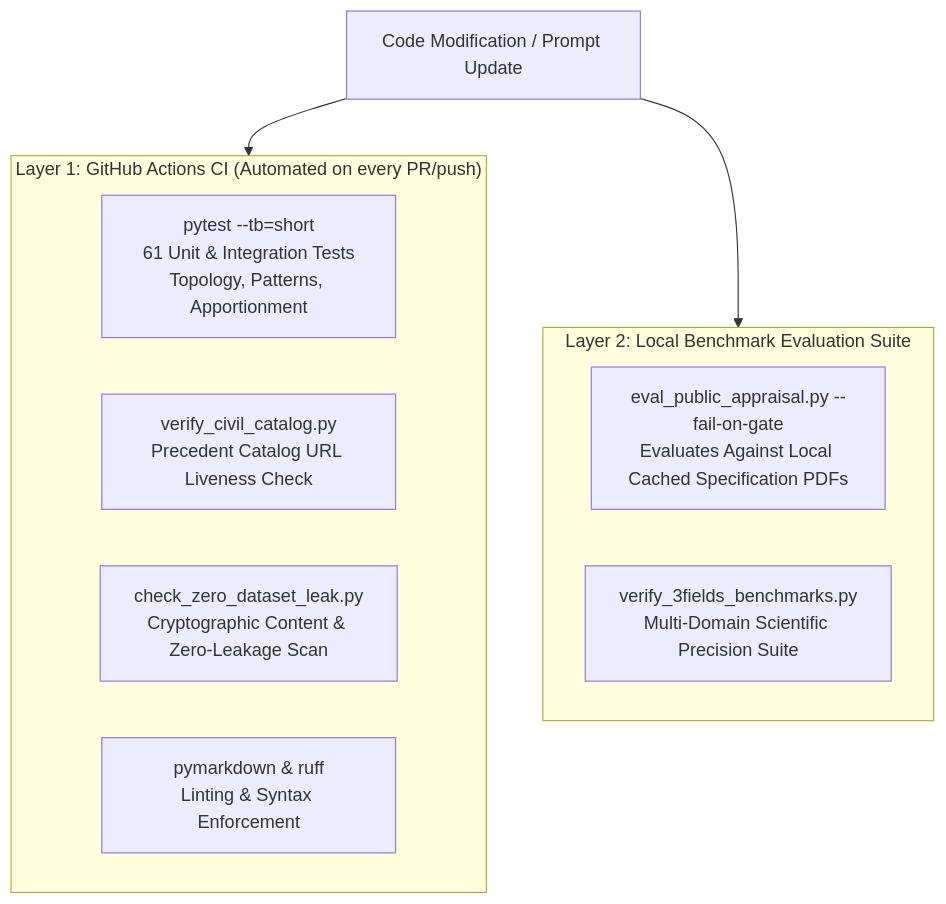
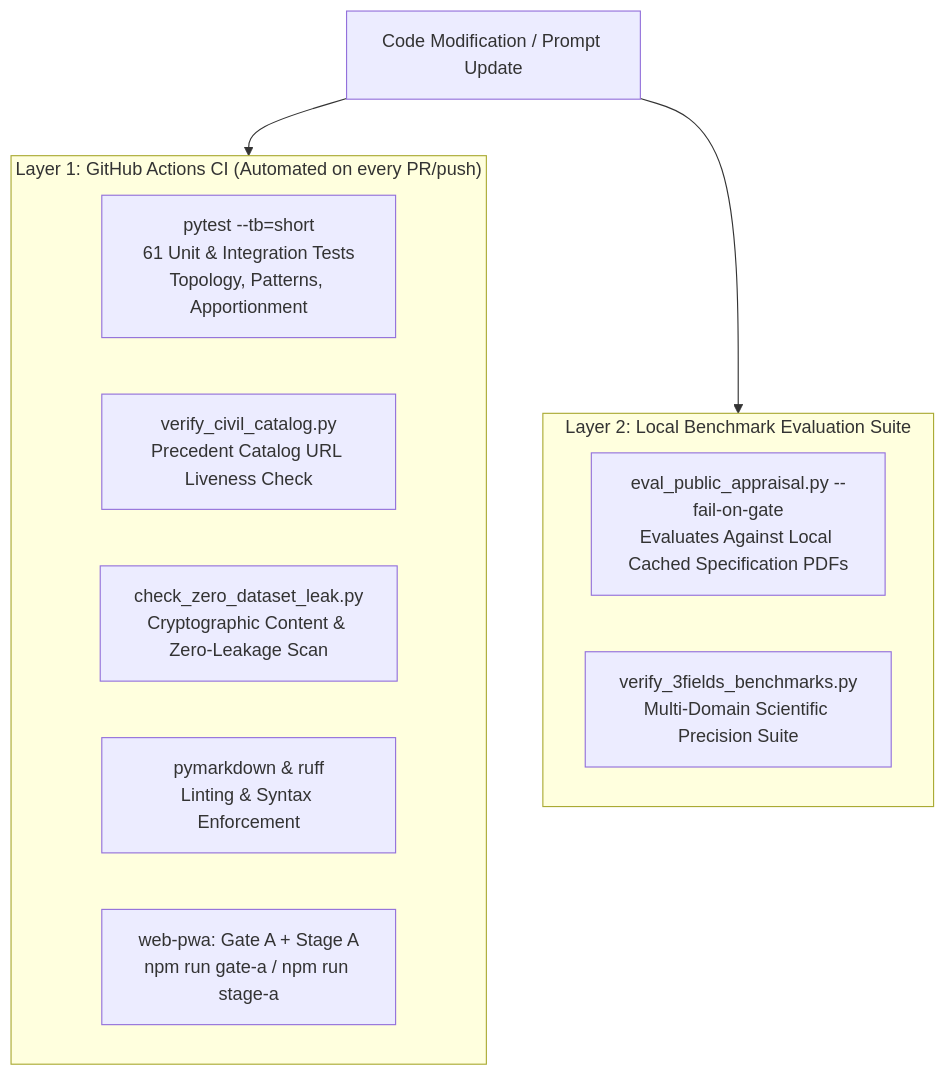
One commit to edgesentry/marine-claims-ai changed the third of 4 diagrams in docs/public_benchmarks_and_accuracy_evaluation.md. Above: the diagram before and after it, drawn with Mermaid. The commit also changed other lines of this file and 9 other files, not shown here.

````diff
--- a/docs/public_benchmarks_and_accuracy_evaluation.md
+++ b/docs/public_benchmarks_and_accuracy_evaluation.md
@@ -235,17 +235,18 @@
 ```mermaid
 flowchart TD
     subgraph CI["Layer 1: GitHub Actions CI (Automated on every PR/push)"]
         T1["pytest --tb=short\n61 Unit & Integration Tests\nTopology, Patterns, Apportionment"]
         T2["verify_civil_catalog.py\nPrecedent Catalog URL Liveness Check"]
         T3["check_zero_dataset_leak.py\nCryptographic Content & Zero-Leakage Scan"]
         T4["pymarkdown & ruff\nLinting & Syntax Enforcement"]
+        T5["web-pwa: Gate A + Stage A\nnpm run gate-a / npm run stage-a"]
     end
 
     subgraph CLI["Layer 2: Local Benchmark Evaluation Suite"]
         E1["eval_public_appraisal.py --fail-on-gate\nEvaluates Against Local Cached Specification PDFs"]
         E2["verify_3fields_benchmarks.py\nMulti-Domain Scientific Precision Suite"]
     end
 
     PR["Code Modification / Prompt Update"] --> CI
     PR --> CLI
 ```
````
